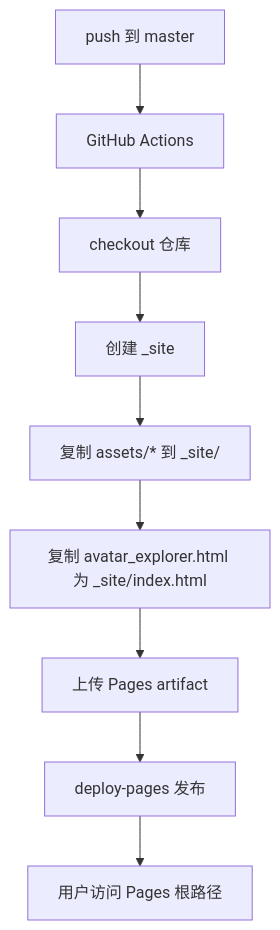
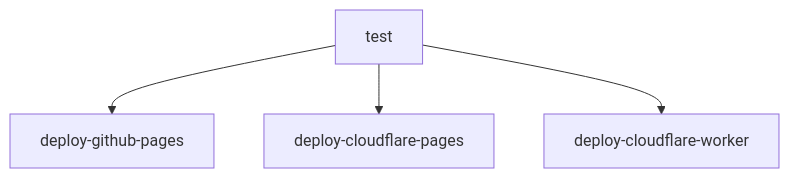
One commit to wishflow/duolingo-avator-creator changed the second of 4 diagrams in docs/deployment-plan.md. Above: the diagram before and after it, drawn with Mermaid. The commit also changed other lines of this file and 8 other files, not shown here.

````diff
--- a/docs/deployment-plan.md
+++ b/docs/deployment-plan.md
@@ -66,11 +184,6 @@
 ```mermaid
 flowchart TD
-  A[push 到 master] --> B[GitHub Actions]
-  B --> C[checkout 仓库]
-  C --> D[创建 _site]
-  D --> E[复制 assets/* 到 _site/]
-  E --> F[复制 avatar_explorer.html 为 _site/index.html]
-  F --> G[上传 Pages artifact]
-  G --> H[deploy-pages 发布]
-  H --> I[用户访问 Pages 根路径]
+  T[test] --> G[deploy-github-pages]
+  T --> CP[deploy-cloudflare-pages]
+  T --> W[deploy-cloudflare-worker]
 ```
````
